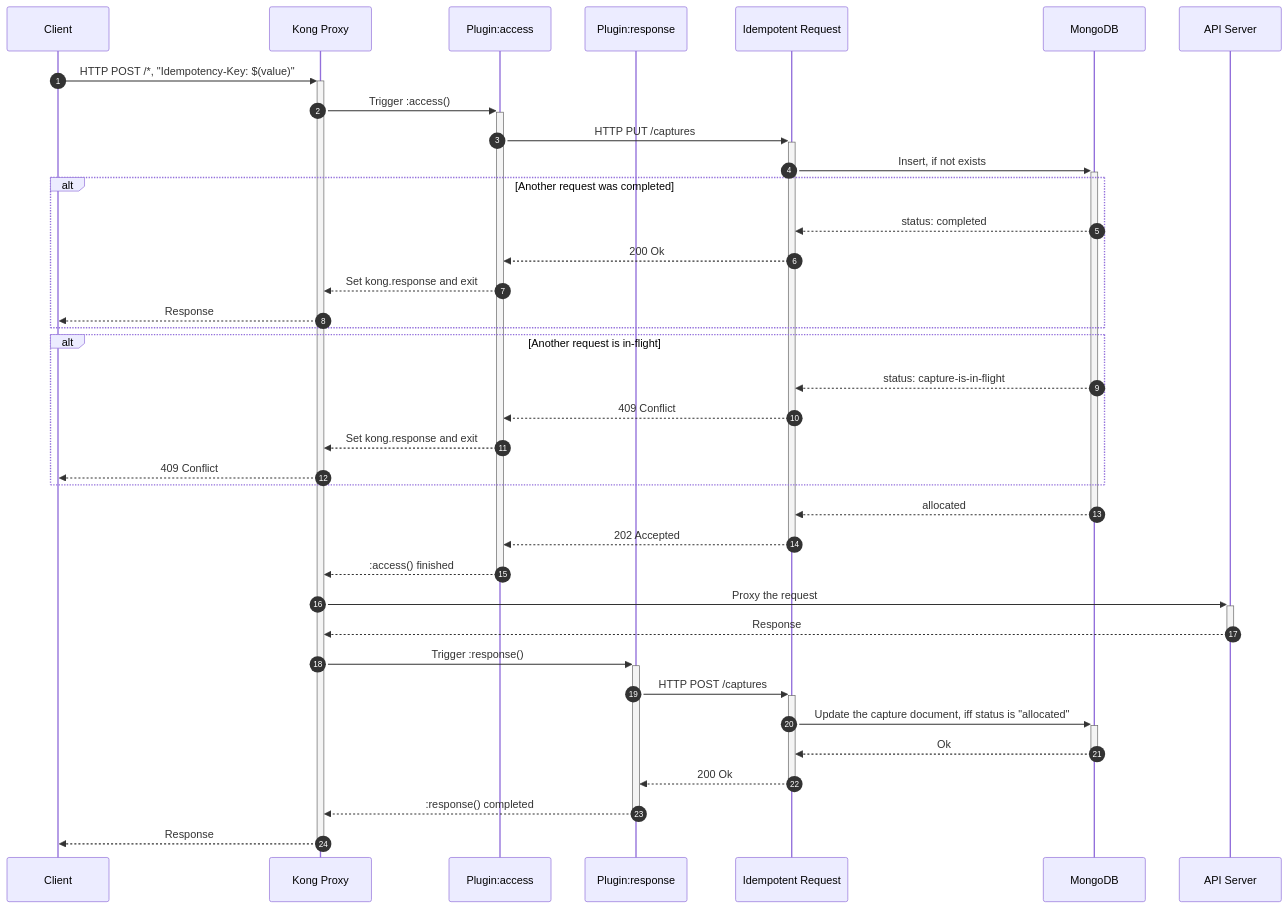
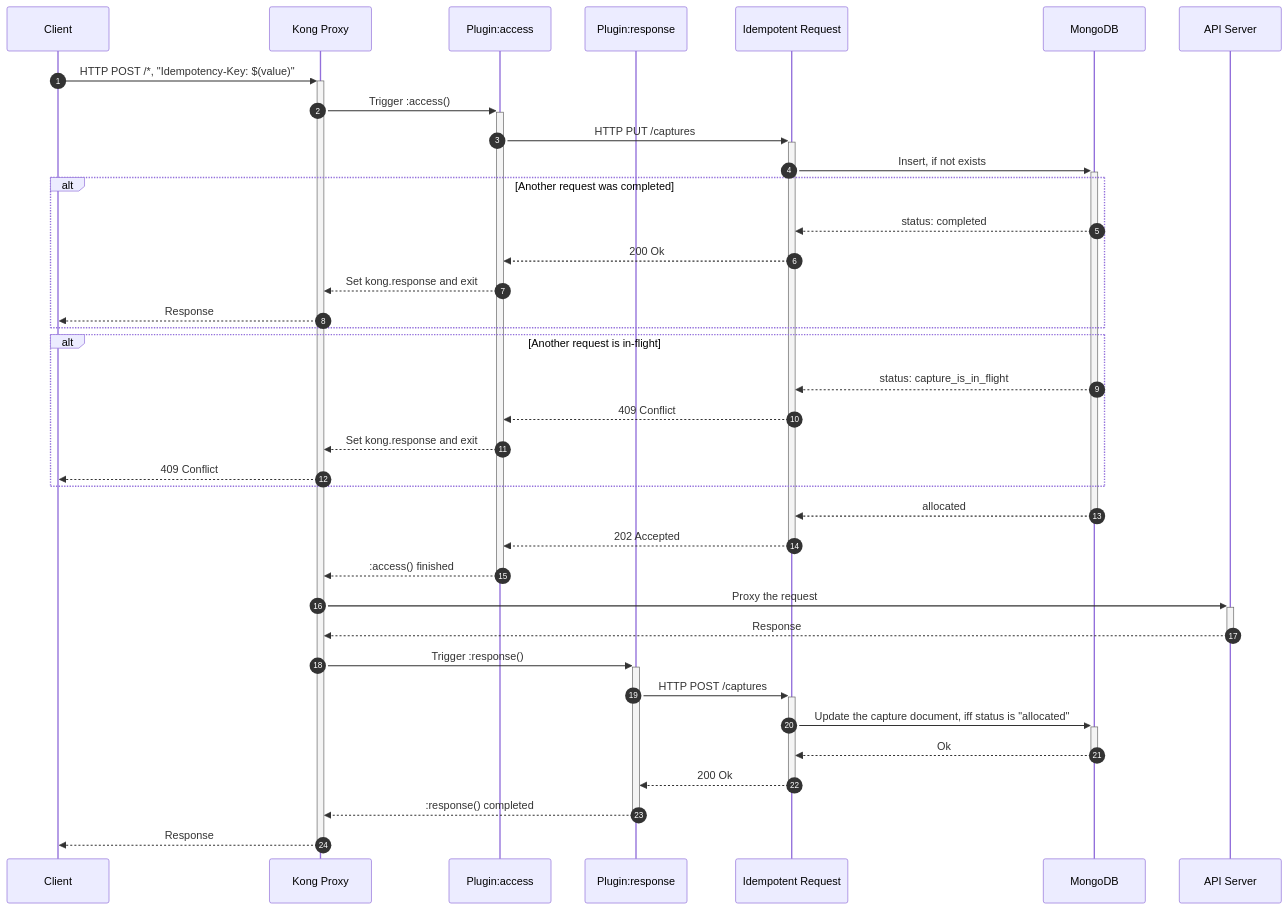
One commit to checkr/idempotent-requests changed the diagram in docs/sequence.md. Above: the diagram before and after it, drawn with Mermaid. The commit also changed other lines of this file and 3 other files, not shown here.

````diff
--- a/docs/sequence.md
+++ b/docs/sequence.md
@@ -7,47 +3,47 @@
 ```mermaid
 sequenceDiagram
     autonumber
     participant client as Client
     participant kong as Kong Proxy
     participant plugin_access as Plugin:access
     participant plugin_response as Plugin:response
     participant irs as Idempotent Request
     participant mongo as MongoDB
     participant api as API Server
     
     client ->> +kong: HTTP POST /*, "Idempotency-Key: $(value)"
     kong ->> +plugin_access: Trigger :access()
     plugin_access ->> +irs: HTTP PUT /captures
     irs ->> +mongo: Insert, if not exists
 
     alt Another request was completed
         mongo -->> irs: status: completed
         irs -->> plugin_access: 200 Ok
         plugin_access -->> kong: Set kong.response and exit
         kong -->> client: Response
     end
     
     alt Another request is in-flight
-        mongo -->> irs: status: capture-is-in-flight
+        mongo -->> irs: status: capture_is_in_flight
         irs -->> plugin_access: 409 Conflict
         plugin_access -->> kong: Set kong.response and exit
         kong -->> client: 409 Conflict
     end
     
     mongo -->> -irs: allocated
     irs -->> -plugin_access: 202 Accepted
     plugin_access -->> -kong: :access() finished
     
     kong ->> +api: Proxy the request
     api -->> -kong: Response
     
     kong ->> +plugin_response: Trigger :response()
     plugin_response ->> +irs: HTTP POST /captures
     irs ->> +mongo: Update the capture document, iff status is "allocated"
     mongo -->> -irs: Ok
     irs -->> -plugin_response: 200 Ok
     plugin_response -->> -kong: :response() completed
     
     kong -->> -client: Response
     
 ```
````
